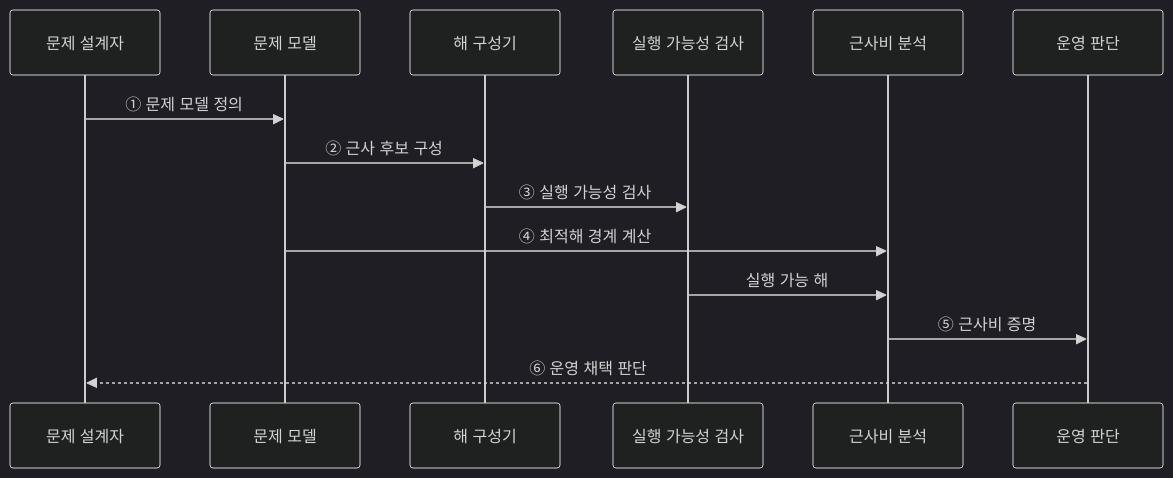
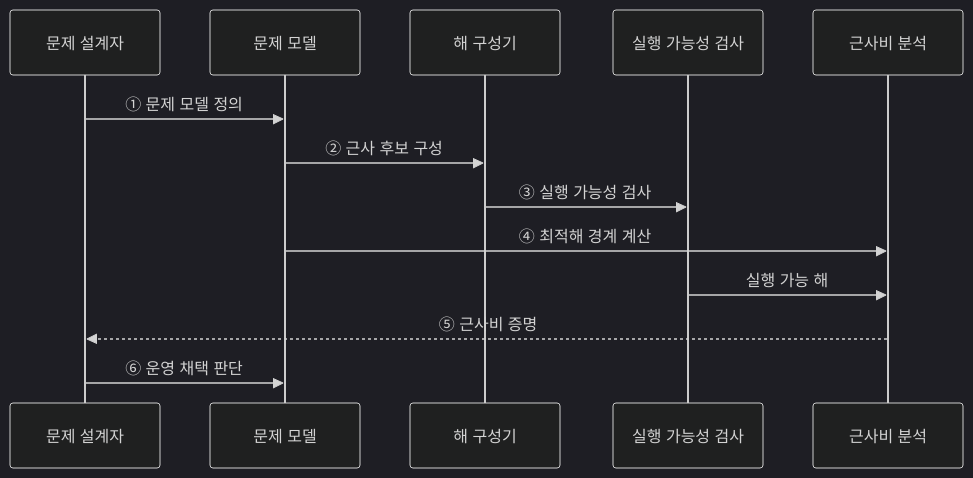
The second of 2 diagrams in src/content/docs/notes/01-basic-theory/060_approximation_algo.md (agnusdei1207/knowledge-base), drawn with Mermaid (dark theme) before and after one commit. The commit also changed other lines of this file and 20 other files, not shown here.

````diff
--- a/src/content/docs/notes/01-basic-theory/060_approximation_algo.md
+++ b/src/content/docs/notes/01-basic-theory/060_approximation_algo.md
@@ -73,16 +73,15 @@
 ```mermaid
 sequenceDiagram
     participant D as 문제 설계자
     participant M as 문제 모델
     participant C as 해 구성기
     participant V as 실행 가능성 검사
     participant B as 근사비 분석
-    participant O as 운영 판단
     D->>M: ① 문제 모델 정의
     M->>C: ② 근사 후보 구성
     C->>V: ③ 실행 가능성 검사
     M->>B: ④ 최적해 경계 계산
     V->>B: 실행 가능 해
-    B->>O: ⑤ 근사비 증명
-    O-->>D: ⑥ 운영 채택 판단
+    B-->>D: ⑤ 근사비 증명
+    D->>M: ⑥ 운영 채택 판단
 ```
````
